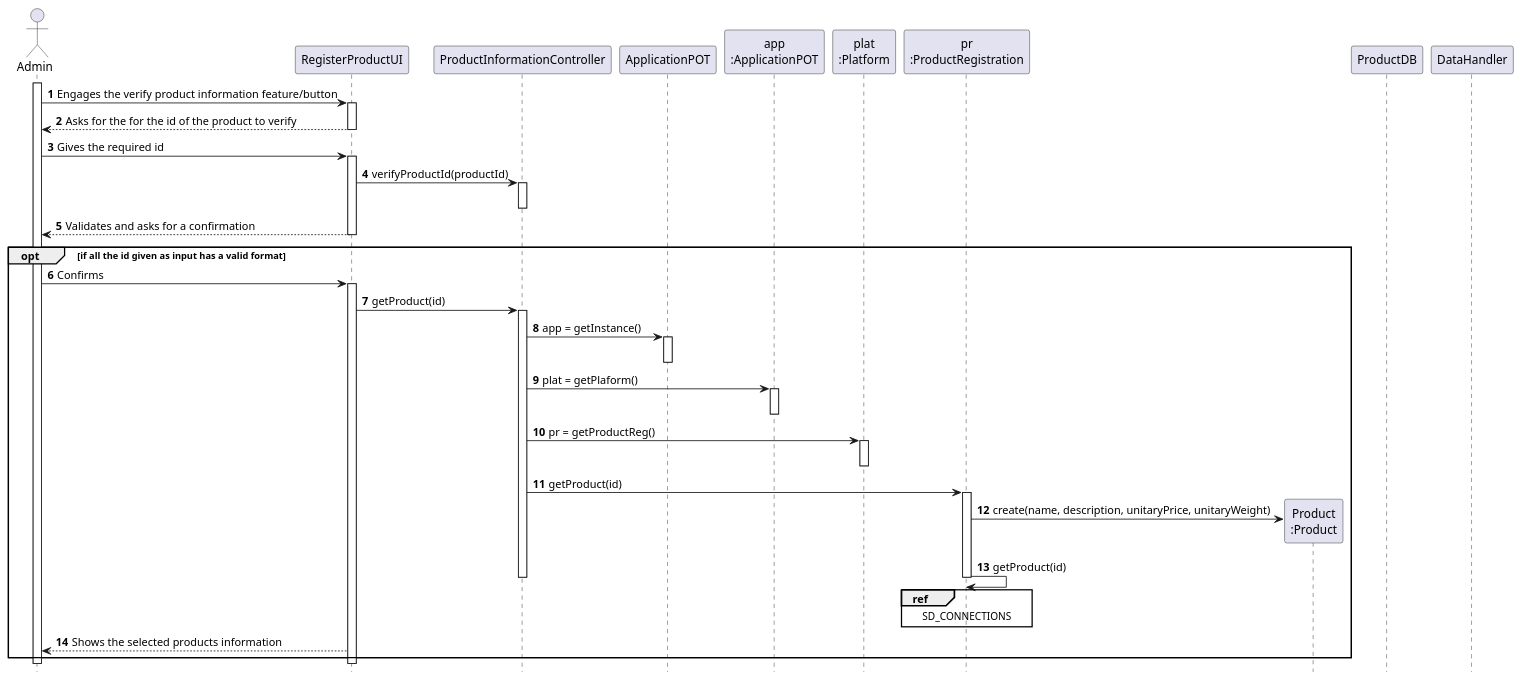
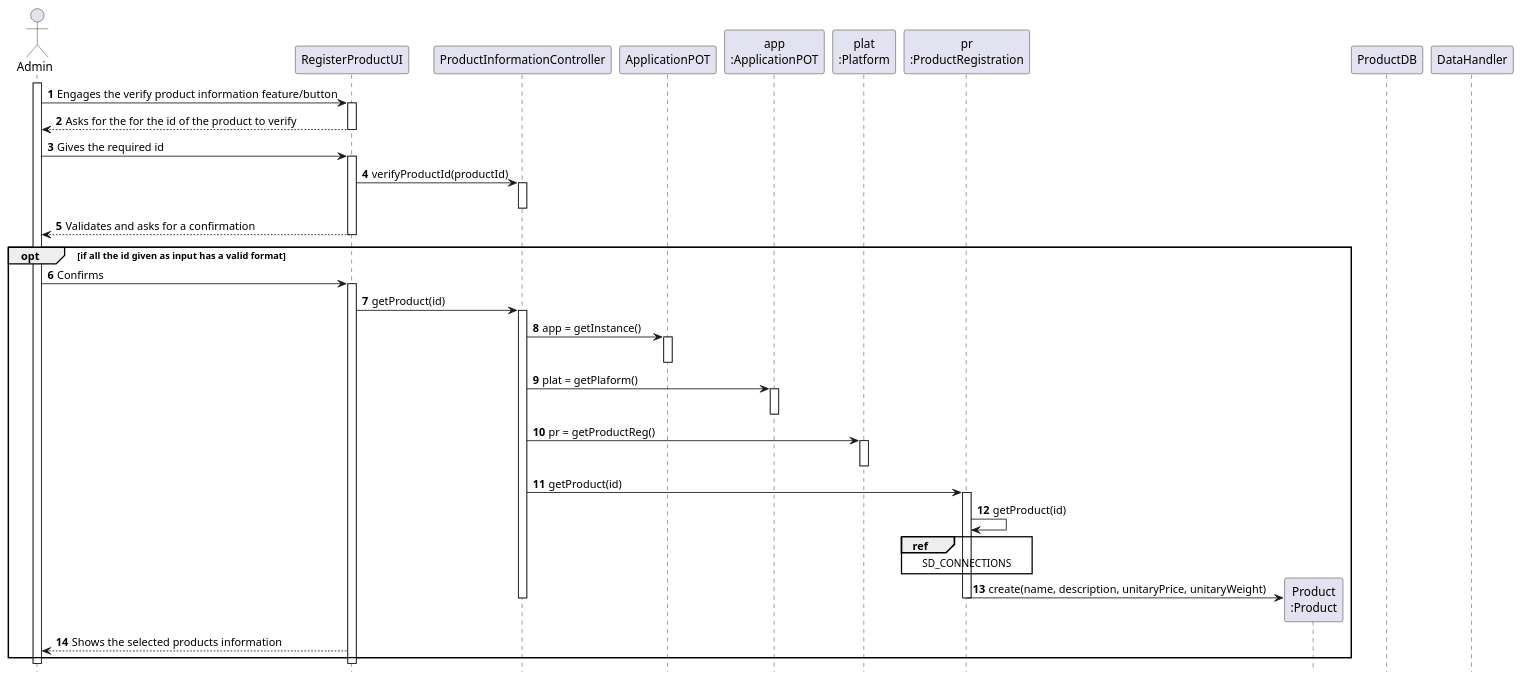
One commit to tiagoavcosta25/LAPR3 changed the diagram in docs/Iteration 1/Product Management/US73_ProductInformation/US73_SD.puml. Above: the diagram before and after it, drawn with PlantUML. The commit also changed 1 other file, not shown here.

```diff
--- a/docs/Iteration 1/Product Management/US73_ProductInformation/US73_SD.puml
+++ b/docs/Iteration 1/Product Management/US73_ProductInformation/US73_SD.puml
@@ -1,80 +1,83 @@
 @startuml
 autonumber
 hide footbox
 
 actor "Admin" as U
 
 participant "RegisterProductUI" as UI
 participant "ProductInformationController" as CTRL
 participant "ApplicationPOT" as _APP
 participant "app\n:ApplicationPOT" as APP
 participant "plat\n:Platform" as PLAT
 participant "pr\n:ProductRegistration" as PREG
 
 participant "Product\n:Product" as PROD
 
 participant "ProductDB" as DB
 participant "DataHandler" as DH
 
 activate U
 
 U -> UI : Engages the verify product information feature/button
 activate UI
 
 UI --> U : Asks for the for the id of the product to verify
 
 
 deactivate UI
 U -> UI : Gives the required id
 activate UI
 
 
 UI -> CTRL : verifyProductId(productId)
 activate CTRL
 deactivate CTRL
 
 UI --> U : Validates and asks for a confirmation
 deactivate UI
 
 opt if all the id given as input has a valid format
 
 
 U -> UI : Confirms
 activate UI
 UI -> CTRL : getProduct(id)
 activate CTRL
 CTRL -> _APP: app = getInstance()
 activate _APP
 deactivate _APP
 
 CTRL -> APP: plat = getPlaform()
 activate APP
 deactivate APP
 CTRL -> PLAT : pr = getProductReg()
 activate PLAT
 deactivate PLAT
 
 CTRL -> PREG : getProduct(id)
 activate PREG
 
 
-PREG -> PROD** : create(name, description, unitaryPrice, unitaryWeight)
-
 PREG -> PREG : getProduct(id)
 ref over PREG
 SD_CONNECTIONS
 end ref
+
+
+
+
+PREG -> PROD** : create(name, description, unitaryPrice, unitaryWeight)
 
 
 deactivate PREG
 
 
 
 deactivate CTRL
 UI --> U : Shows the selected products information
 end opt
 deactivate UI
 deactivate U
 
 
 @enduml
```
